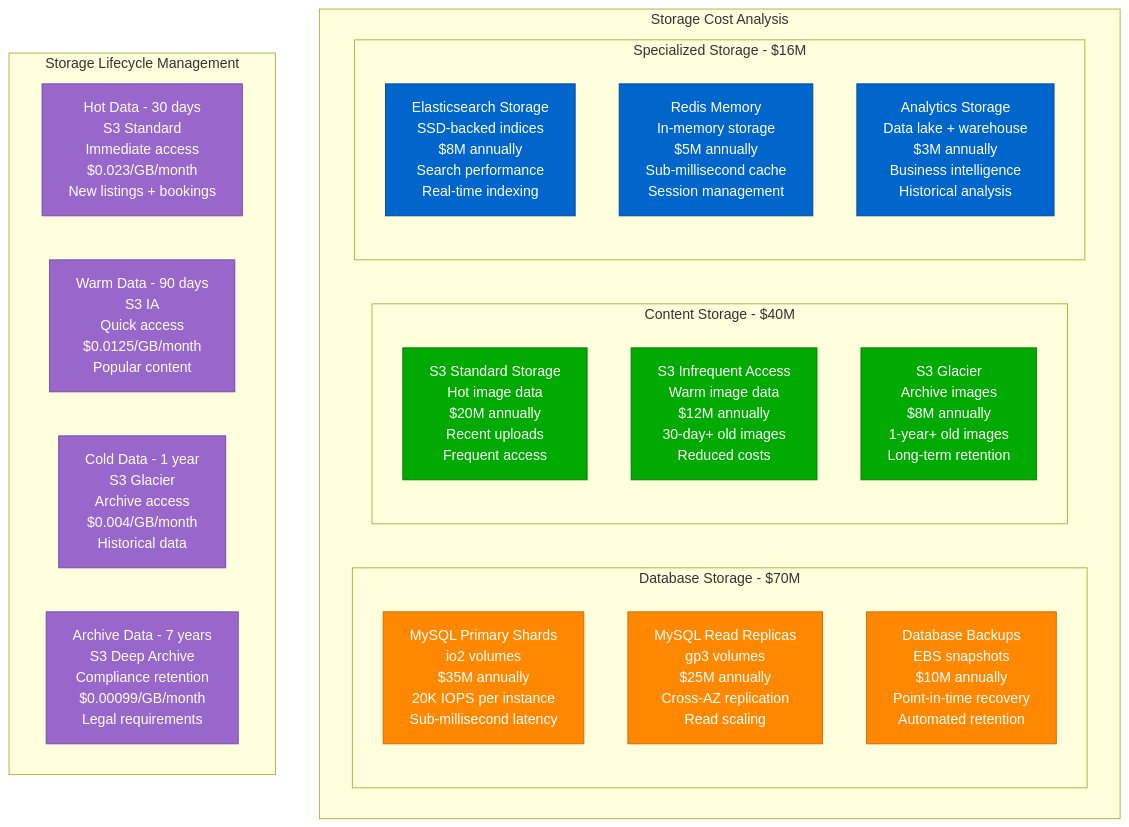
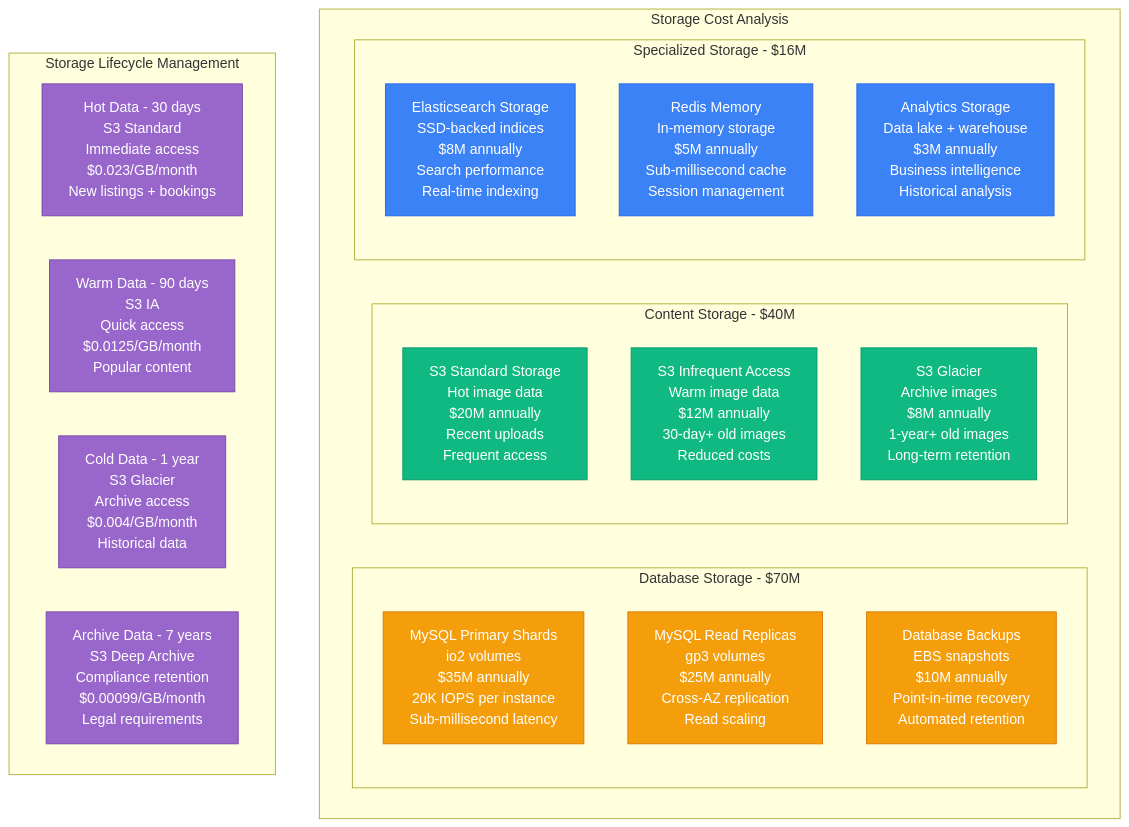
The third of 6 diagrams in site/docs/systems/airbnb/cost-breakdown.md (deepaucksharma/DS), drawn with Mermaid before and after one commit. The commit also changed other lines of this file and 303 other files, not shown here.

````diff
--- a/site/docs/systems/airbnb/cost-breakdown.md
+++ b/site/docs/systems/airbnb/cost-breakdown.md
@@ -128,49 +128,49 @@
 ```mermaid
 graph TB
     subgraph StorageBreakdown[Storage Cost Analysis]
         subgraph DatabaseStorage[Database Storage - $70M]
             MySQLPrimary[MySQL Primary Shards<br/>io2 volumes<br/>$35M annually<br/>20K IOPS per instance<br/>Sub-millisecond latency]
 
             MySQLReplicas[MySQL Read Replicas<br/>gp3 volumes<br/>$25M annually<br/>Cross-AZ replication<br/>Read scaling]
 
             BackupSnapshots[Database Backups<br/>EBS snapshots<br/>$10M annually<br/>Point-in-time recovery<br/>Automated retention]
         end
 
         subgraph ContentStorage[Content Storage - $40M]
             S3Standard[S3 Standard Storage<br/>Hot image data<br/>$20M annually<br/>Recent uploads<br/>Frequent access]
 
             S3IA[S3 Infrequent Access<br/>Warm image data<br/>$12M annually<br/>30-day+ old images<br/>Reduced costs]
 
             S3Glacier[S3 Glacier<br/>Archive images<br/>$8M annually<br/>1-year+ old images<br/>Long-term retention]
         end
 
         subgraph SpecializedStorage[Specialized Storage - $16M]
             ElasticsearchStorage[Elasticsearch Storage<br/>SSD-backed indices<br/>$8M annually<br/>Search performance<br/>Real-time indexing]
 
             RedisMemory[Redis Memory<br/>In-memory storage<br/>$5M annually<br/>Sub-millisecond cache<br/>Session management]
 
             AnalyticsStorage[Analytics Storage<br/>Data lake + warehouse<br/>$3M annually<br/>Business intelligence<br/>Historical analysis]
         end
     end
 
     %% Storage lifecycle optimization
     subgraph StorageLifecycle[Storage Lifecycle Management]
         HotData[Hot Data - 30 days<br/>S3 Standard<br/>Immediate access<br/>$0.023/GB/month<br/>New listings + bookings]
 
         WarmData[Warm Data - 90 days<br/>S3 IA<br/>Quick access<br/>$0.0125/GB/month<br/>Popular content]
 
         ColdData[Cold Data - 1 year<br/>S3 Glacier<br/>Archive access<br/>$0.004/GB/month<br/>Historical data]
 
         ArchiveData[Archive Data - 7 years<br/>S3 Deep Archive<br/>Compliance retention<br/>$0.00099/GB/month<br/>Legal requirements]
     end
 
-    classDef databaseStyle fill:#FF8800,stroke:#CC6600,color:#fff
-    classDef contentStyle fill:#00AA00,stroke:#007700,color:#fff
-    classDef specializedStyle fill:#0066CC,stroke:#004499,color:#fff
+    classDef databaseStyle fill:#F59E0B,stroke:#D97706,color:#fff
+    classDef contentStyle fill:#10B981,stroke:#059669,color:#fff
+    classDef specializedStyle fill:#3B82F6,stroke:#2563EB,color:#fff
     classDef lifecycleStyle fill:#9966CC,stroke:#7744AA,color:#fff
 
     class MySQLPrimary,MySQLReplicas,BackupSnapshots databaseStyle
     class S3Standard,S3IA,S3Glacier contentStyle
     class ElasticsearchStorage,RedisMemory,AnalyticsStorage specializedStyle
     class HotData,WarmData,ColdData,ArchiveData lifecycleStyle
 ```
````
